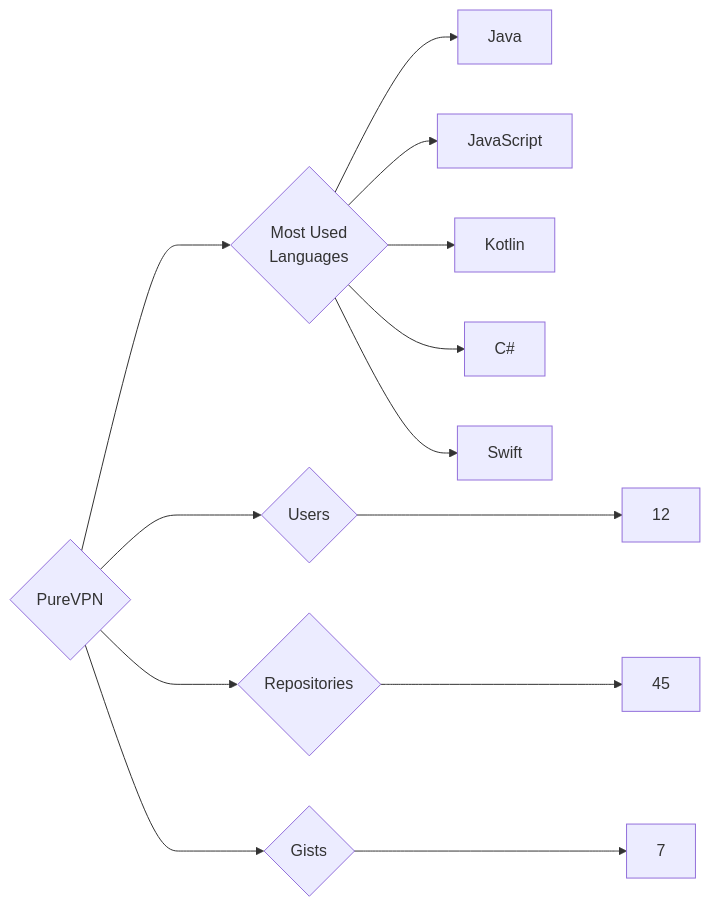
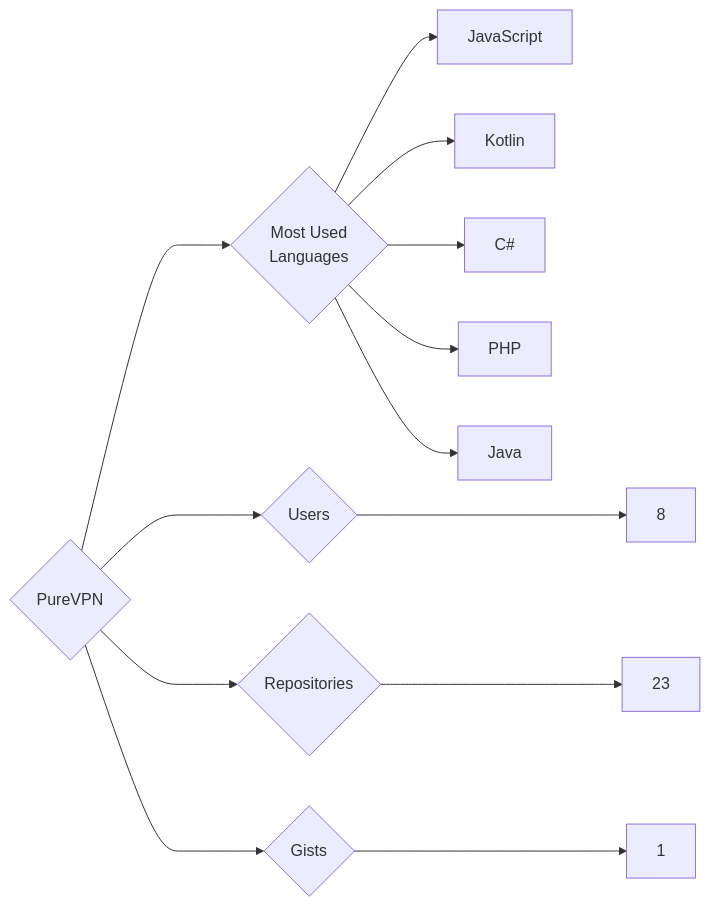
One commit to trickest/insiders changed the diagram in targets/PureVPN/README.md. Above: the diagram before and after it, drawn with Mermaid. The commit also changed 964 other files, not shown here.

````diff
--- a/targets/PureVPN/README.md
+++ b/targets/PureVPN/README.md
@@ -3,13 +3,13 @@
 ```mermaid
 graph LR
 COMPANY_NAME{PureVPN}
-COMPANY_NAME ---> U{Users} ---> UN[12]
-COMPANY_NAME ---> R{Repositories} ---> RN[45]
-COMPANY_NAME ---> G{Gists} ---> GN[7]
+COMPANY_NAME ---> U{Users} ---> UN[8]
+COMPANY_NAME ---> R{Repositories} ---> RN[23]
+COMPANY_NAME ---> G{Gists} ---> GN[1]
 COMPANY_NAME ---> ML{Most Used<br>Languages}
-ML --> Java[Java]
 ML --> JavaScript[JavaScript]
 ML --> Kotlin[Kotlin]
 ML --> C#[C#]
-ML --> Swift[Swift]
+ML --> PHP[PHP]
+ML --> Java[Java]
 ```
````
